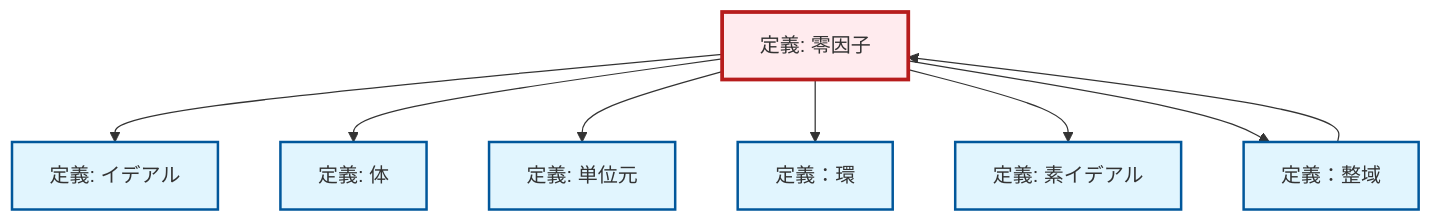
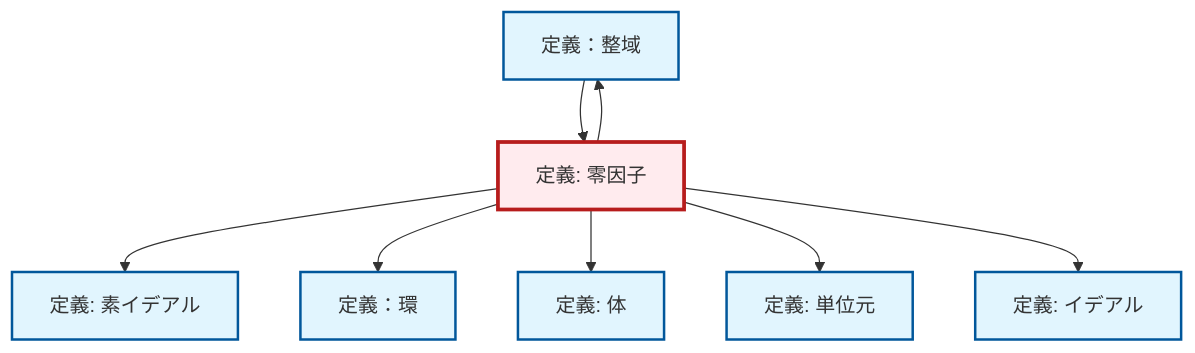
Before and after one commit to RK0429/ModernMath: the diagram in content/ja/algebra/def-zero-divisor.qmd, drawn with Mermaid. The commit also changed other lines of this file and 1012 other files, not shown here.

````diff
--- a/content/ja/algebra/def-zero-divisor.qmd
+++ b/content/ja/algebra/def-zero-divisor.qmd
@@ -121,30 +121,30 @@
 ```{mermaid}
 %%| fig-cap: "Local dependency graph"
 graph TD
     classDef definition fill:#e1f5fe,stroke:#01579b,stroke-width:2px
     classDef theorem fill:#f3e5f5,stroke:#4a148c,stroke-width:2px
     classDef axiom fill:#fff3e0,stroke:#e65100,stroke-width:2px
     classDef example fill:#e8f5e9,stroke:#1b5e20,stroke-width:2px
     classDef current fill:#ffebee,stroke:#b71c1c,stroke-width:3px
+    def-field["定義: 体"]:::definition
+    def-identity-element["定義: 単位元"]:::definition
+    def-ring["定義：環"]:::definition
+    def-prime-ideal["定義: 素イデアル"]:::definition
+    def-integral-domain["定義：整域"]:::definition
+    def-ideal["定義: イデアル"]:::definition
     def-zero-divisor["定義: 零因子"]:::definition
-    def-prime-ideal["定義: 素イデアル"]:::definition
-    def-ideal["定義: イデアル"]:::definition
-    def-field["定義: 体"]:::definition
-    def-integral-domain["定義：整域"]:::definition
-    def-ring["定義：環"]:::definition
-    def-identity-element["定義: 単位元"]:::definition
+    def-zero-divisor --> def-prime-ideal
+    def-zero-divisor --> def-ring
+    def-integral-domain --> def-zero-divisor
+    def-zero-divisor --> def-field
+    def-zero-divisor --> def-identity-element
     def-zero-divisor --> def-ideal
-    def-zero-divisor --> def-field
-    def-integral-domain --> def-zero-divisor
-    def-zero-divisor --> def-identity-element
-    def-zero-divisor --> def-ring
-    def-zero-divisor --> def-prime-ideal
     def-zero-divisor --> def-integral-domain
     class def-zero-divisor current
+    click def-field "def-field.html" "体の定義へ"
+    click def-identity-element "def-identity-element.html" "単位元の定義へ"
+    click def-ring "def-ring.html" "定義：環へ"
     click def-prime-ideal "def-prime-ideal.html" "素イデアルの定義へ"
+    click def-integral-domain "def-integral-domain.html" "定義：整域へ"
     click def-ideal "def-ideal.html" "イデアルの定義へ"
-    click def-field "def-field.html" "体の定義へ"
-    click def-integral-domain "def-integral-domain.html" "定義：整域へ"
-    click def-ring "def-ring.html" "定義：環へ"
-    click def-identity-element "def-identity-element.html" "単位元の定義へ"
 ```
````
